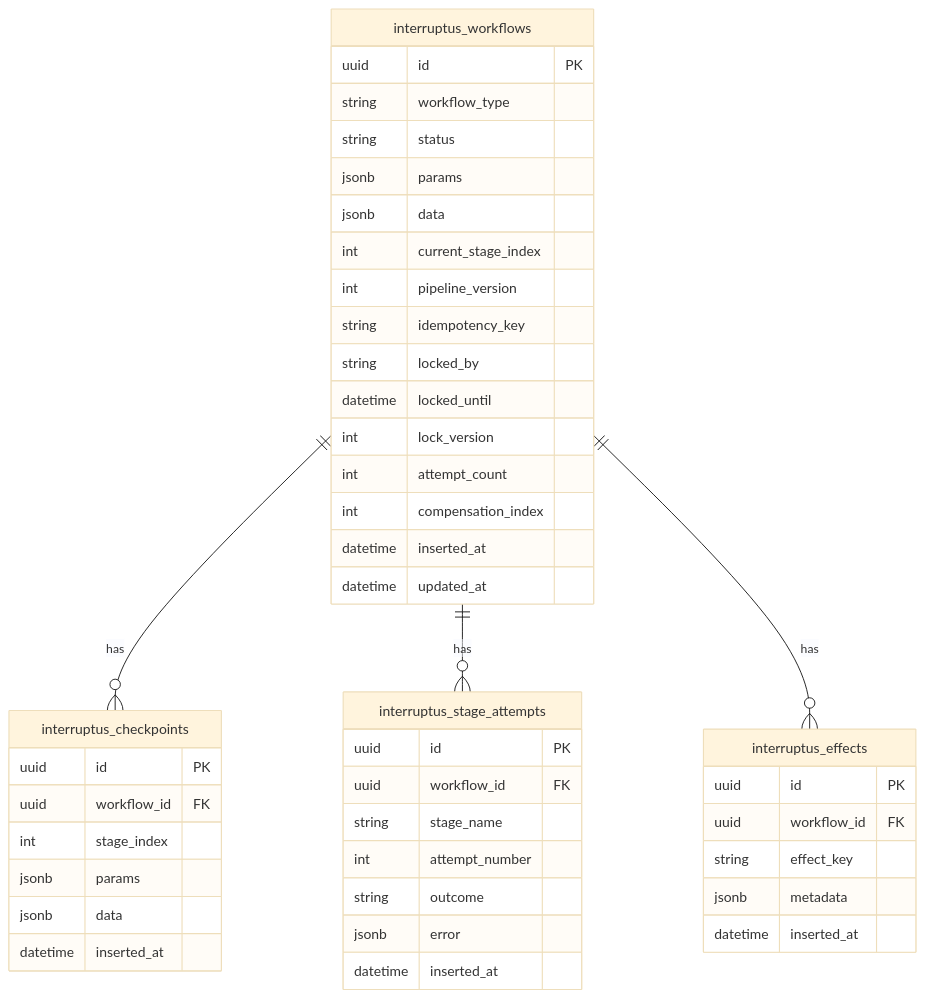
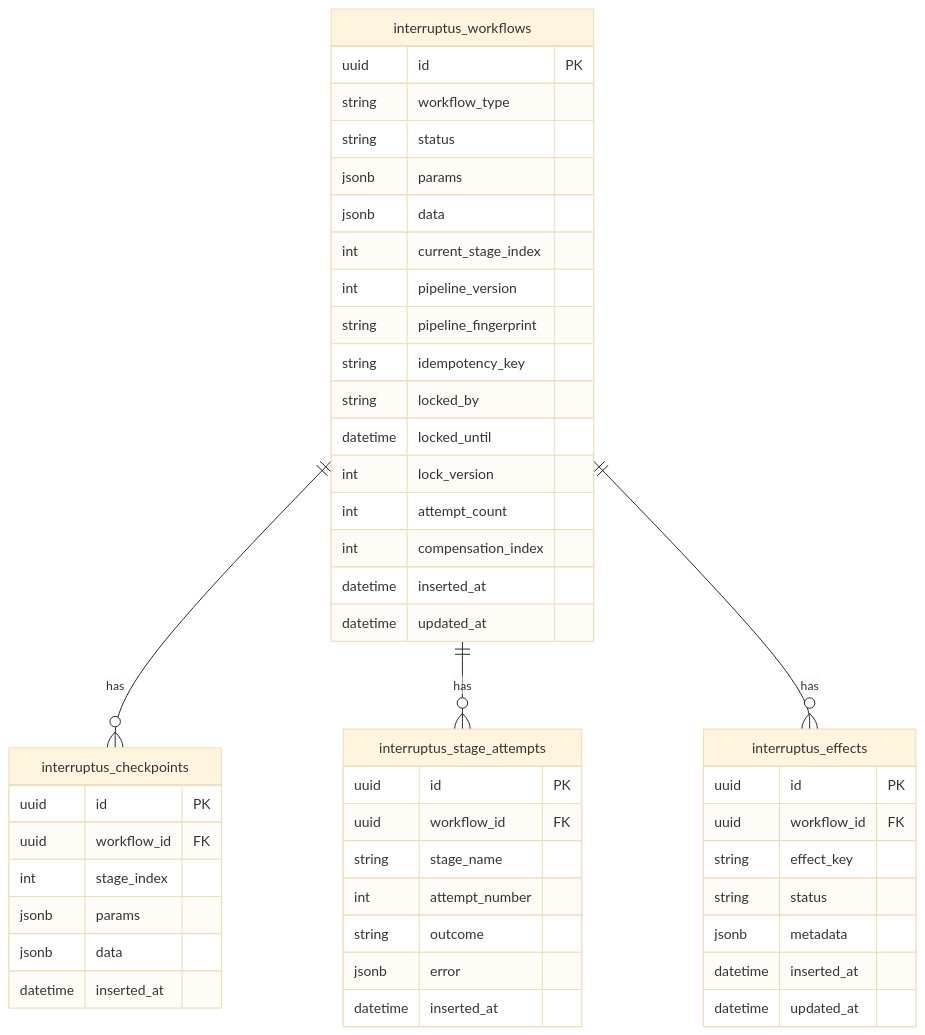
One commit to jcomellas/interruptus changed the second of 2 diagrams in DESIGN.md. Above: the diagram before and after it, drawn with Mermaid (base theme). The commit also changed other lines of this file and 26 other files, not shown here.

````diff
--- a/DESIGN.md
+++ b/DESIGN.md
@@ -175,51 +180,54 @@
 ```mermaid
 erDiagram
   interruptus_workflows ||--o{ interruptus_checkpoints : has
   interruptus_workflows ||--o{ interruptus_stage_attempts : has
   interruptus_workflows ||--o{ interruptus_effects : has
 
   interruptus_workflows {
     uuid id PK
     string workflow_type
     string status
     jsonb params
     jsonb data
     int current_stage_index
     int pipeline_version
+    string pipeline_fingerprint
     string idempotency_key
     string locked_by
     datetime locked_until
     int lock_version
     int attempt_count
     int compensation_index
     datetime inserted_at
     datetime updated_at
   }
 
   interruptus_checkpoints {
     uuid id PK
     uuid workflow_id FK
     int stage_index
     jsonb params
     jsonb data
     datetime inserted_at
   }
 
   interruptus_stage_attempts {
     uuid id PK
     uuid workflow_id FK
     string stage_name
     int attempt_number
     string outcome
     jsonb error
     datetime inserted_at
   }
 
   interruptus_effects {
     uuid id PK
     uuid workflow_id FK
     string effect_key
+    string status
     jsonb metadata
     datetime inserted_at
+    datetime updated_at
   }
 ```
````
